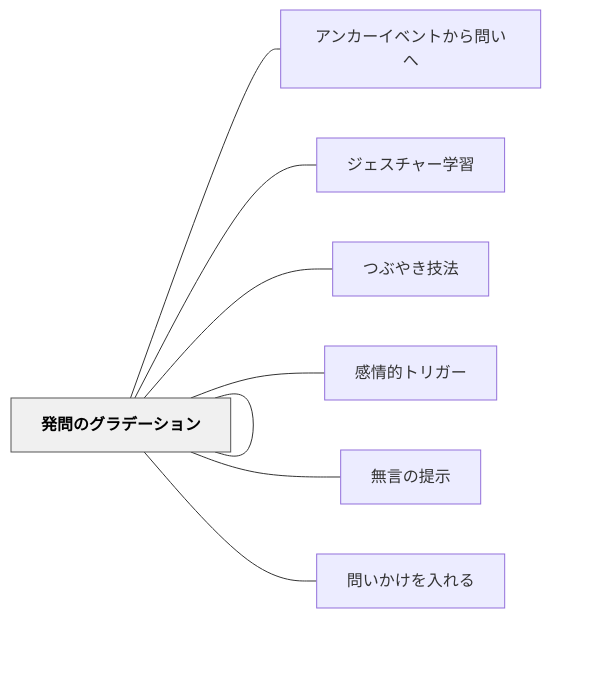
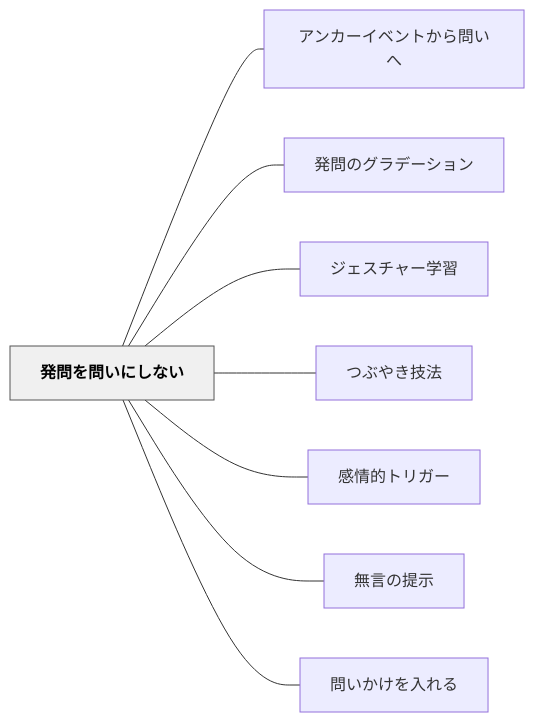
The diagram in content/パタン/発問を問いにしない.md (unknownthings-ed-patterns/unknownthings-ed-patterns), drawn with Mermaid before and after one commit. The commit also changed 527 other files, not shown here.

````diff
--- a/content/パタン/発問を問いにしない.md
+++ b/content/パタン/発問を問いにしない.md
@@ -82,22 +82,22 @@
 ```mermaid
 flowchart LR
-    ne799bae5958f["発問を問いにしない"]
-    ne382a2e383b3["アンカーイベントから問いへ"]
-    ne799bae5958f["発問のグラデーション"]
-    ne382b8e382a7["ジェスチャー学習"]
-    ne381a4e381b6["つぶやき技法"]
-    ne6849fe68385["感情的トリガー"]
-    ne784a1e8a880["無言の提示"]
-    ne5958fe38184["問いかけを入れる"]
+    ne799bae5958fe38292e5958fe38184e381abe38197e381aae38184["発問を問いにしない"]
+    ne382a2e383b3e382abe383bce382a4e38399e383b3e38388e3818be38289e5958fe38184e381b8["アンカーイベントから問いへ"]
+    ne799bae5958fe381aee382b0e383a9e38387e383bce382b7e383a7e383b3["発問のグラデーション"]
+    ne382b8e382a7e382b9e38381e383a3e383bce5ada6e7bf92["ジェスチャー学習"]
+    ne381a4e381b6e38284e3818de68a80e6b395["つぶやき技法"]
+    ne6849fe68385e79a84e38388e383aae382ace383bc["感情的トリガー"]
+    ne784a1e8a880e381aee68f90e7a4ba["無言の提示"]
+    ne5958fe38184e3818be38191e38292e585a5e3828ce3828b["問いかけを入れる"]
 
-    ne799bae5958f --- ne382a2e383b3
-    ne799bae5958f --- ne799bae5958f
-    ne799bae5958f --- ne382b8e382a7
-    ne799bae5958f --- ne381a4e381b6
-    ne799bae5958f --- ne6849fe68385
-    ne799bae5958f --- ne784a1e8a880
-    ne799bae5958f --- ne5958fe38184
+    ne799bae5958fe38292e5958fe38184e381abe38197e381aae38184 --- ne382a2e383b3e382abe383bce382a4e38399e383b3e38388e3818be38289e5958fe38184e381b8
+    ne799bae5958fe38292e5958fe38184e381abe38197e381aae38184 --- ne799bae5958fe381aee382b0e383a9e38387e383bce382b7e383a7e383b3
+    ne799bae5958fe38292e5958fe38184e381abe38197e381aae38184 --- ne382b8e382a7e382b9e38381e383a3e383bce5ada6e7bf92
+    ne799bae5958fe38292e5958fe38184e381abe38197e381aae38184 --- ne381a4e381b6e38284e3818de68a80e6b395
+    ne799bae5958fe38292e5958fe38184e381abe38197e381aae38184 --- ne6849fe68385e79a84e38388e383aae382ace383bc
+    ne799bae5958fe38292e5958fe38184e381abe38197e381aae38184 --- ne784a1e8a880e381aee68f90e7a4ba
+    ne799bae5958fe38292e5958fe38184e381abe38197e381aae38184 --- ne5958fe38184e3818be38191e38292e585a5e3828ce3828b
 
     classDef hub fill:#f0f0f0,stroke:#555,color:#000,font-weight:bold
-    class ne799bae5958f hub
+    class ne799bae5958fe38292e5958fe38184e381abe38197e381aae38184 hub
 ```
````
